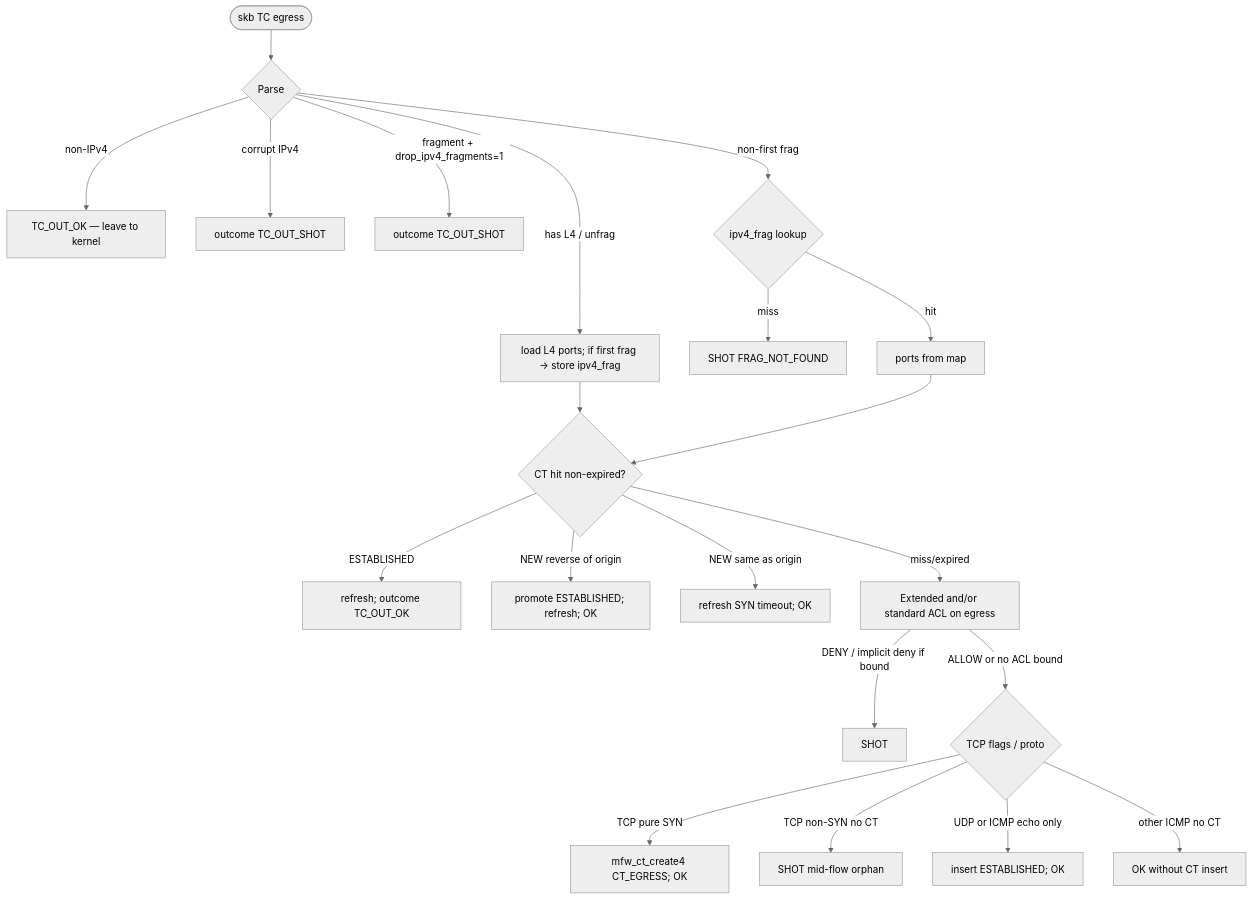
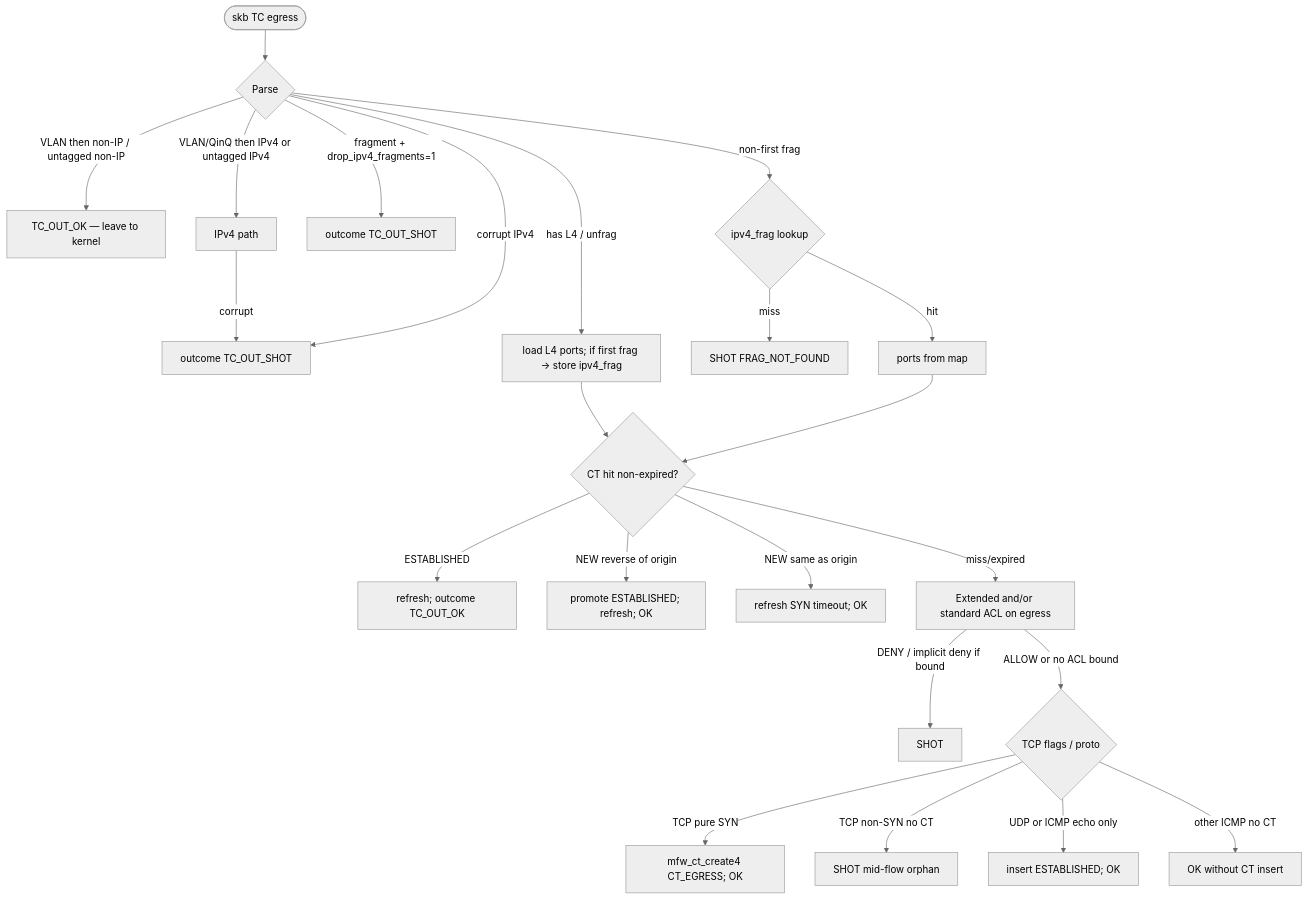
The third of 6 diagrams in docs/design.md (lynch1981/mini-fw), drawn with Mermaid (neutral theme) before and after one commit. The commit also changed other lines of this file, not shown here.

````diff
--- a/docs/design.md
+++ b/docs/design.md
@@ -282,24 +287,26 @@
 ```mermaid
 flowchart TD
   START([skb TC egress]) --> PARSE{Parse}
-  PARSE -->|non-IPv4| OK_NON[TC_OUT_OK — leave to kernel]
-  PARSE -->|corrupt IPv4| SHOT_P[outcome TC_OUT_SHOT]
+  PARSE -->|VLAN then non-IP / untagged non-IP| OK_NON[TC_OUT_OK — leave to kernel]
+  PARSE -->|VLAN/QinQ then IPv4 or untagged IPv4| IP[IPv4 path]
+  IP -->|corrupt| SHOT_P[outcome TC_OUT_SHOT]
+  PARSE -->|corrupt IPv4| SHOT_P
   PARSE -->|fragment + drop_ipv4_fragments=1| SHOT_F[outcome TC_OUT_SHOT]
   PARSE -->|has L4 / unfrag| L4[load L4 ports; if first frag → store ipv4_frag]
   PARSE -->|non-first frag| FRAGMAP{ipv4_frag lookup}
   FRAGMAP -->|miss| SHOT_NF[SHOT FRAG_NOT_FOUND]
   FRAGMAP -->|hit| L4P[ports from map]
   L4 --> CT
   L4P --> CT
   CT{CT hit non-expired?}
   CT -->|ESTABLISHED| REF[refresh; outcome TC_OUT_OK]
   CT -->|NEW reverse of origin| PROMO[promote ESTABLISHED; refresh; OK]
   CT -->|NEW same as origin| REF2[refresh SYN timeout; OK]
   CT -->|miss/expired| ACL[Extended and/or standard ACL on egress]
   ACL -->|DENY / implicit deny if bound| SHOT_A[SHOT]
   ACL -->|ALLOW or no ACL bound| FLAGS{TCP flags / proto}
   FLAGS -->|TCP pure SYN| INS_N[mfw_ct_create4 CT_EGRESS; OK]
   FLAGS -->|TCP non-SYN no CT| SHOT_M[SHOT mid-flow orphan]
   FLAGS -->|UDP or ICMP echo only| INS_E[insert ESTABLISHED; OK]
   FLAGS -->|other ICMP no CT| ACL_ONLY[OK without CT insert]
 ```
````
